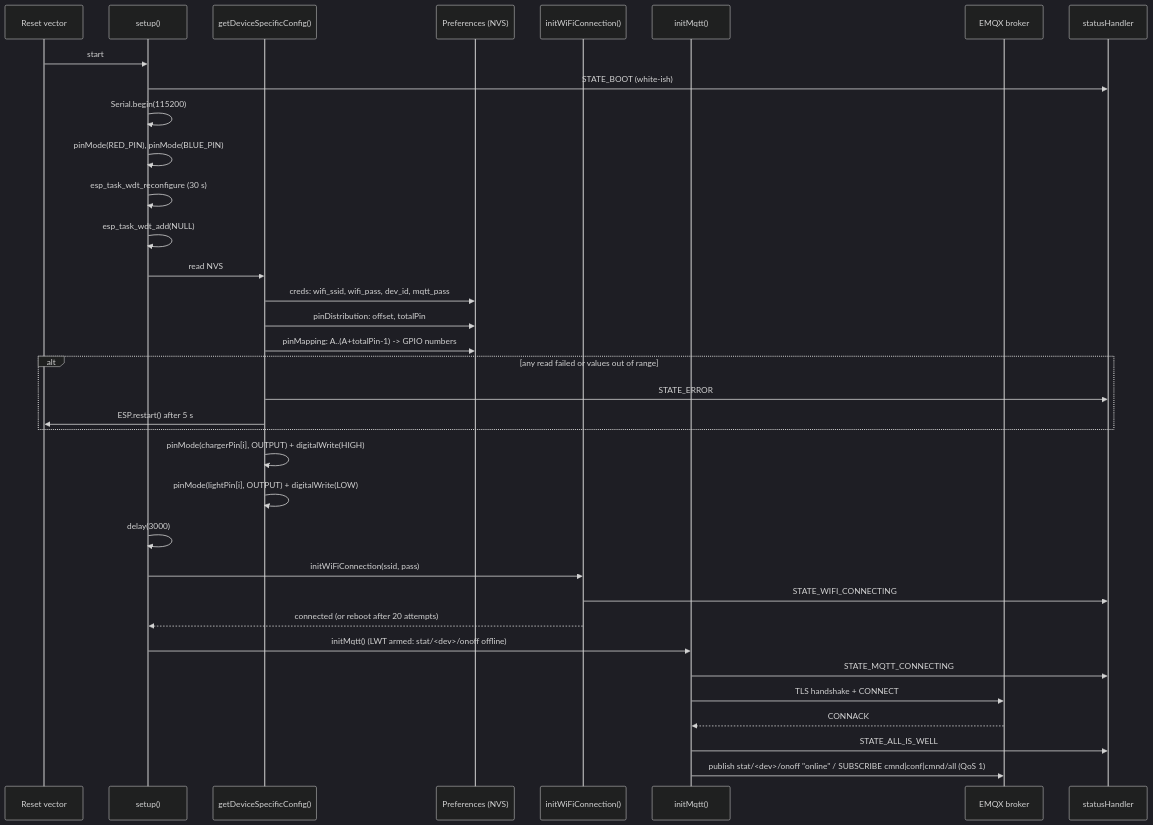
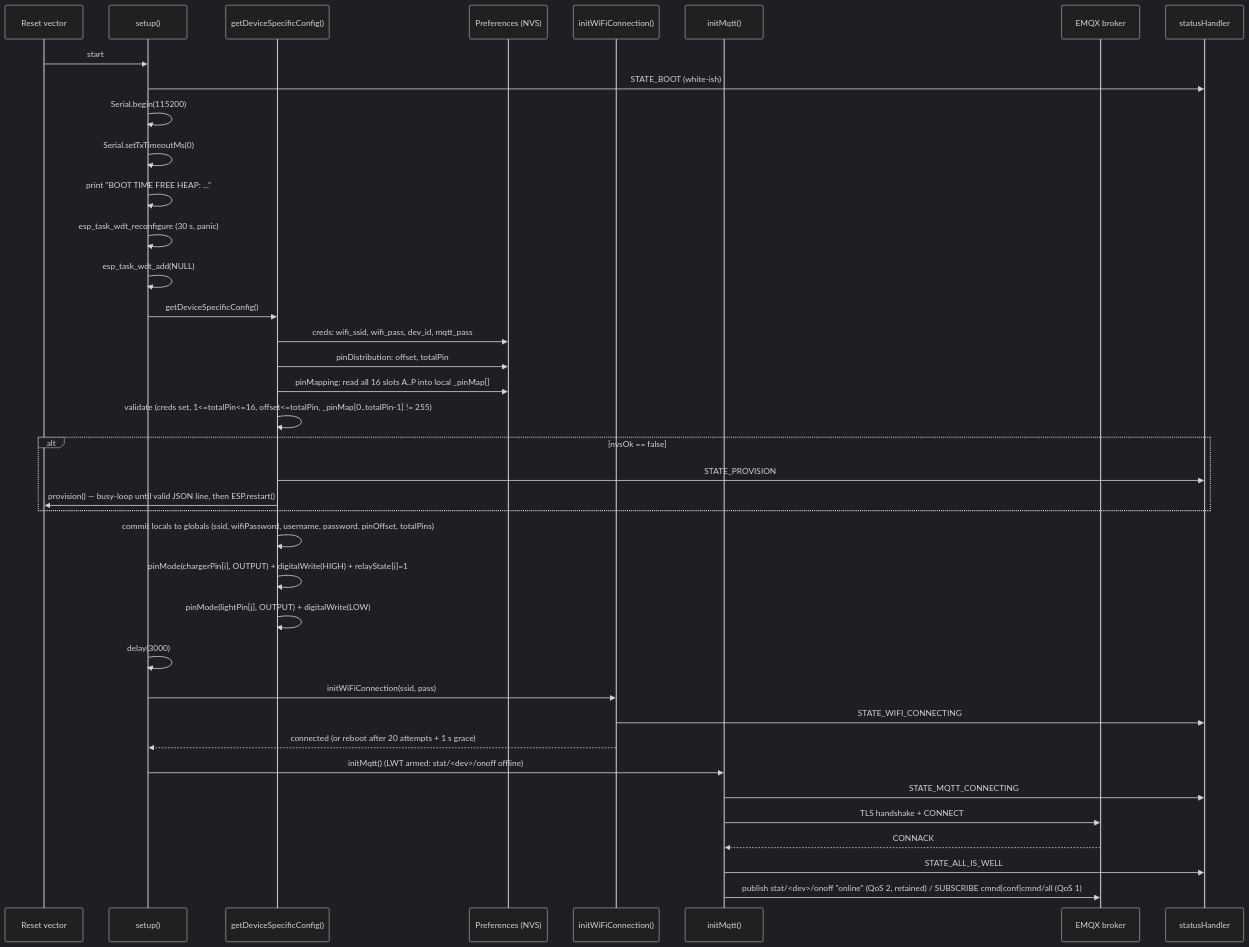
One commit to pnv28/grdflo-microcontroller changed the second of 5 diagrams in DOCUMENTATION.md. Above: the diagram before and after it, drawn with Mermaid (dark theme). The commit also changed other lines of this file and 5 other files, not shown here.

````diff
--- a/DOCUMENTATION.md
+++ b/DOCUMENTATION.md
@@ -214,38 +253,41 @@
 ```mermaid
 sequenceDiagram
     participant Boot as Reset vector
     participant Setup as setup()
     participant Cfg as getDeviceSpecificConfig()
     participant NVS as Preferences (NVS)
     participant Wifi as initWiFiConnection()
     participant Mqtt as initMqtt()
     participant Broker as EMQX broker
     participant LED as statusHandler
 
     Boot->>Setup: start
     Setup->>LED: STATE_BOOT (white-ish)
     Setup->>Setup: Serial.begin(115200)
-    Setup->>Setup: pinMode(RED_PIN), pinMode(BLUE_PIN)
-    Setup->>Setup: esp_task_wdt_reconfigure (30 s)
+    Setup->>Setup: Serial.setTxTimeoutMs(0)
+    Setup->>Setup: print "BOOT TIME FREE HEAP: ..."
+    Setup->>Setup: esp_task_wdt_reconfigure (30 s, panic)
     Setup->>Setup: esp_task_wdt_add(NULL)
-    Setup->>Cfg: read NVS
+    Setup->>Cfg: getDeviceSpecificConfig()
     Cfg->>NVS: creds: wifi_ssid, wifi_pass, dev_id, mqtt_pass
     Cfg->>NVS: pinDistribution: offset, totalPin
-    Cfg->>NVS: pinMapping: A..(A+totalPin-1) -> GPIO numbers
-    alt any read failed or values out of range
-        Cfg->>LED: STATE_ERROR
-        Cfg->>Boot: ESP.restart() after 5 s
+    Cfg->>NVS: pinMapping: read all 16 slots A..P into local _pinMap[]
+    Cfg->>Cfg: validate (creds set, 1<=totalPin<=16, offset<=totalPin, _pinMap[0..totalPin-1] != 255)
+    alt nvsOk == false
+        Cfg->>LED: STATE_PROVISION
+        Cfg->>Boot: provision() — busy-loop until valid JSON line, then ESP.restart()
     end
-    Cfg->>Cfg: pinMode(chargerPin[i], OUTPUT) + digitalWrite(HIGH)
-    Cfg->>Cfg: pinMode(lightPin[i], OUTPUT) + digitalWrite(LOW)
+    Cfg->>Cfg: commit locals to globals (ssid, wifiPassword, username, password, pinOffset, totalPins)
+    Cfg->>Cfg: pinMode(chargerPin[i], OUTPUT) + digitalWrite(HIGH) + relayState[i]=1
+    Cfg->>Cfg: pinMode(lightPin[j], OUTPUT) + digitalWrite(LOW)
     Setup->>Setup: delay(3000)
     Setup->>Wifi: initWiFiConnection(ssid, pass)
     Wifi->>LED: STATE_WIFI_CONNECTING
-    Wifi-->>Setup: connected (or reboot after 20 attempts)
+    Wifi-->>Setup: connected (or reboot after 20 attempts + 1 s grace)
     Setup->>Mqtt: initMqtt() (LWT armed: stat/<dev>/onoff offline)
     Mqtt->>LED: STATE_MQTT_CONNECTING
     Mqtt->>Broker: TLS handshake + CONNECT
     Broker-->>Mqtt: CONNACK
     Mqtt->>LED: STATE_ALL_IS_WELL
-    Mqtt->>Broker: publish stat/<dev>/onoff "online" / SUBSCRIBE cmnd|conf|cmnd/all (QoS 1)
+    Mqtt->>Broker: publish stat/<dev>/onoff "online" (QoS 2, retained) / SUBSCRIBE cmnd|conf|cmnd/all (QoS 1)
 ```
````
